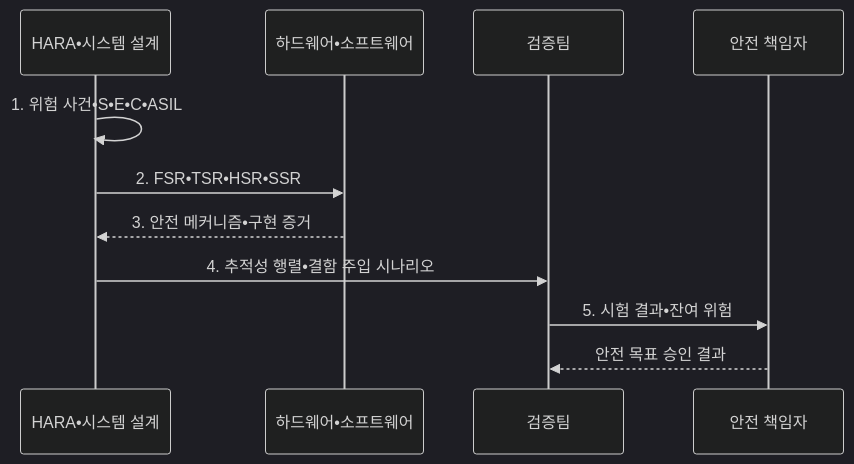
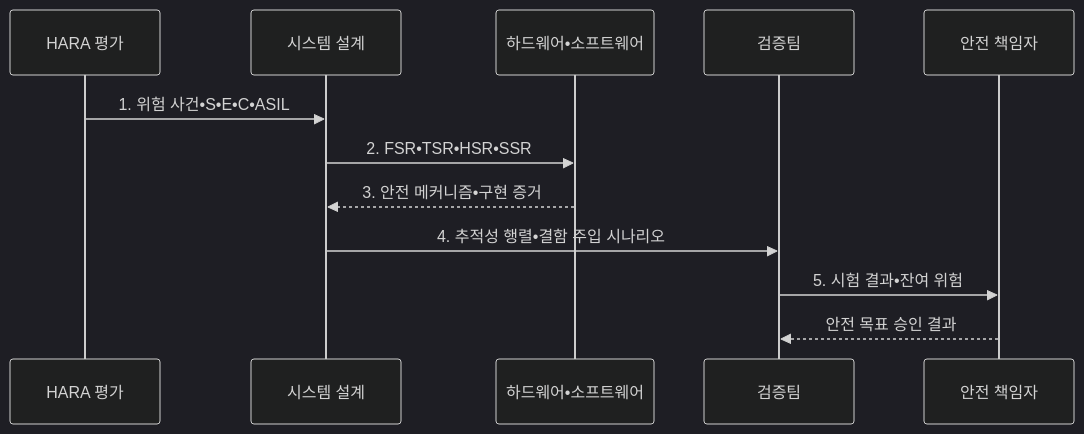
The second of 2 diagrams in src/content/docs/notes/03-software/078_functional_safety_iso_26262_asil.md (agnusdei1207/knowledge-base), drawn with Mermaid (dark theme) before and after one commit. The commit also changed other lines of this file and 8 other files, not shown here.

````diff
--- a/src/content/docs/notes/03-software/078_functional_safety_iso_26262_asil.md
+++ b/src/content/docs/notes/03-software/078_functional_safety_iso_26262_asil.md
@@ -108,13 +108,14 @@
 ```mermaid
 sequenceDiagram
-    participant A as HARA•시스템 설계
+    participant H as HARA 평가
+    participant A as 시스템 설계
     participant W as 하드웨어•소프트웨어
     participant V as 검증팀
     participant S as 안전 책임자
-    A->>A: 1. 위험 사건•S•E•C•ASIL
+    H->>A: 1. 위험 사건•S•E•C•ASIL
     A->>W: 2. FSR•TSR•HSR•SSR
     W-->>A: 3. 안전 메커니즘•구현 증거
     A->>V: 4. 추적성 행렬•결함 주입 시나리오
     V->>S: 5. 시험 결과•잔여 위험
     S-->>V: 안전 목표 승인 결과
 ```
````
